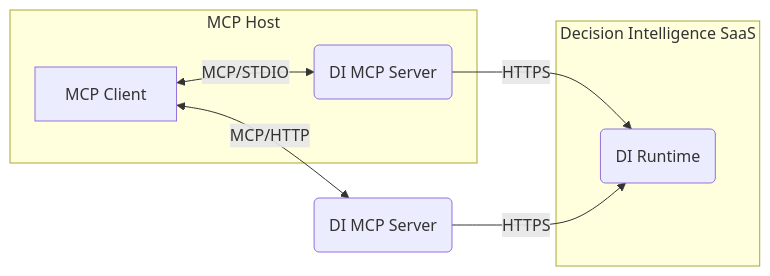
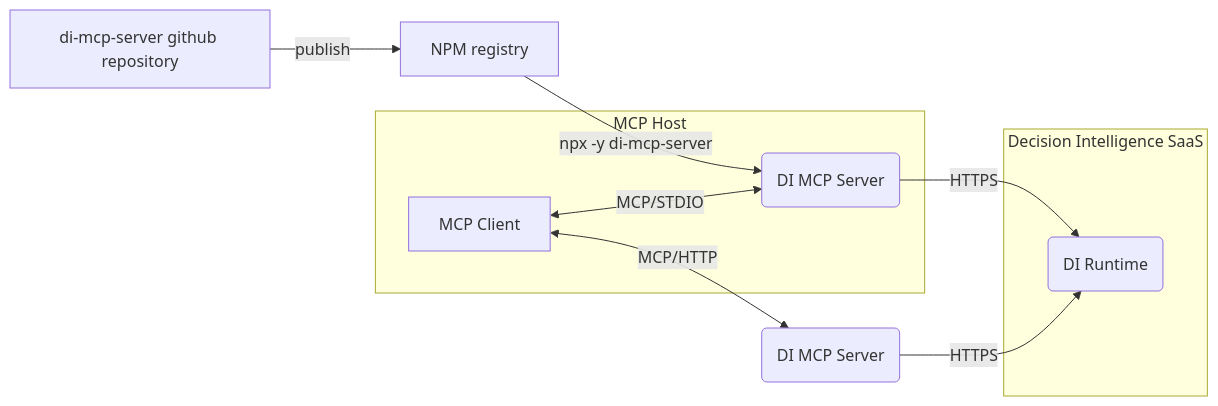
The diagram in README.md (DecisionsDev/decision-intelligence-mcp-server), drawn with Mermaid before and after one commit. The commit also changed other lines of this file, not shown here.

````diff
--- a/README.md
+++ b/README.md
@@ -12,16 +12,19 @@
 ```mermaid
 flowchart LR
+    github["di-mcp-server github repository"] -- publish --> registry
+    registry["NPM registry"] -- npx -y di-mcp-server--> server
+
     subgraph MCP Host 
         client["MCP Client"] <-- MCP/STDIO --> server("DI MCP Server")
     end
 
     server -- HTTPS --> runtime("DI Runtime")
 
     subgraph Decision Intelligence SaaS
         runtime
     end
 
 
     client <-- MCP/HTTP --> server2("DI MCP Server") -- HTTPS --> runtime
 
 ```
````
